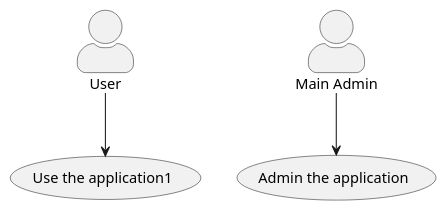
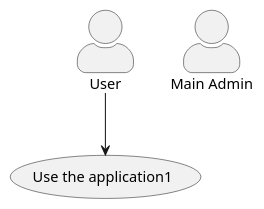
One commit to AbdullaShameem/hello-world changed the diagram in README.md. Above: the diagram before and after it, drawn with PlantUML.

Commit message:
Deleted a line
Deleted a line

```diff
--- a/README.md
+++ b/README.md
@@ -1,8 +1,7 @@
 @startuml
 
 skinparam actorStyle awesome
 :User: --> (Use)
 "Main Admin" as Admin
 "Use the application1" as (Use)
-Admin --> (Admin the application)
 @enduml
```
